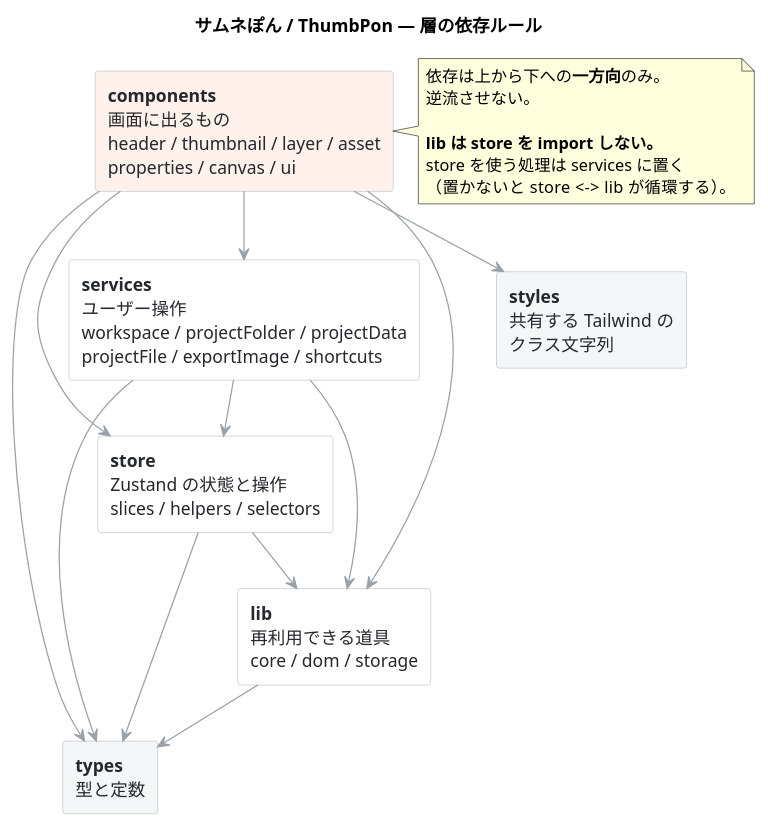
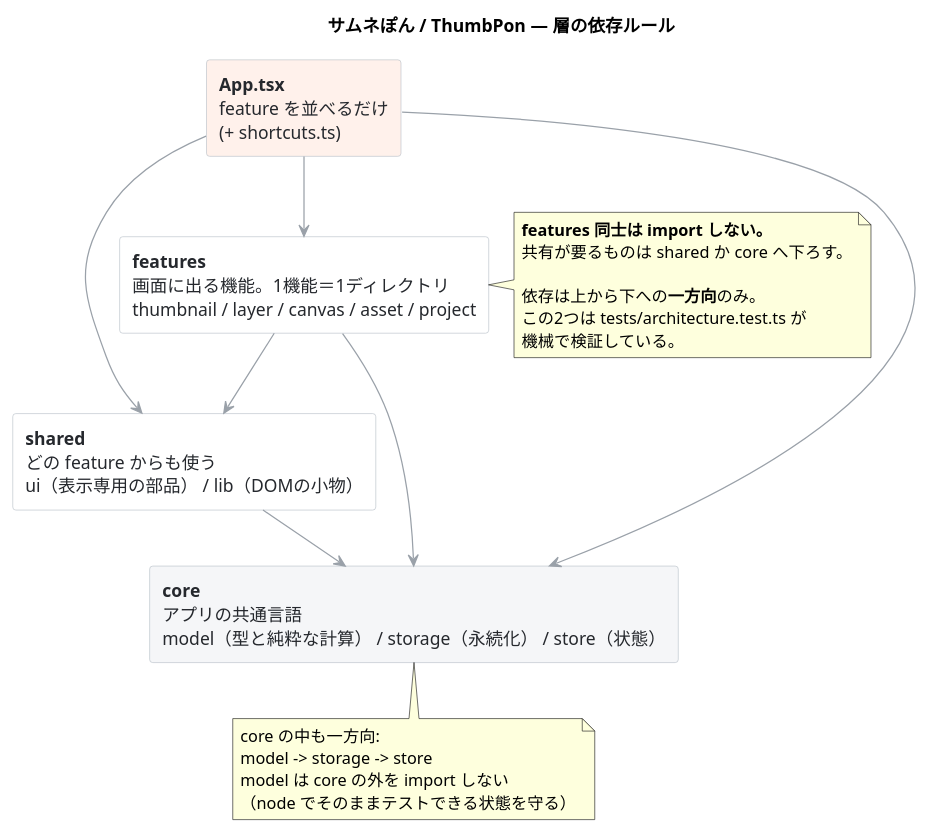
Before and after one commit to plasmo310/react-thumbpon: the diagram in docs/uml/layers.puml, drawn with PlantUML. The commit also changed 4 other files, not shown here.

First line of the commit message:
docs: CLAUDE.md / README / UML を新しい構成に合わせる

```diff
--- a/docs/uml/layers.puml
+++ b/docs/uml/layers.puml
@@ -1,52 +1,49 @@
 @startuml layers
 ' サムネぽん / ThumbPon — 層の依存ルール（最も粗い全体像）
 ' パッケージ単位の詳細は package-dependencies.puml を参照
 ' エイリアスに header / storage / node などの PlantUML 予約語を使わないこと
 ' （行頭に来るとコマンドとして解釈され、その依存が黙って消える）
 
 title サムネぽん / ThumbPon — 層の依存ルール
 
 skinparam backgroundColor #FFFFFF
 skinparam shadowing false
 skinparam defaultFontName "Hiragino Sans"
 skinparam nodesep 20
 skinparam ranksep 45
 skinparam ArrowColor #9AA1A9
 skinparam rectangle {
   BorderColor #B9C0C8
   BackgroundColor #FFFFFF
   FontColor #25282D
 }
 
-rectangle "**components**\n画面に出るもの\nheader / thumbnail / layer / asset\nproperties / canvas / ui" as lComponents #FFF1EB
-rectangle "**services**\nユーザー操作\nworkspace / projectFolder / projectData\nprojectFile / exportImage / shortcuts" as lServices
-rectangle "**store**\nZustand の状態と操作\nslices / helpers / selectors" as lStore
-rectangle "**lib**\n再利用できる道具\ncore / dom / storage" as lLib
-rectangle "**types**\n型と定数" as lTypes #F5F6F8
-rectangle "**styles**\n共有する Tailwind の\nクラス文字列" as lStyles #F5F6F8
+rectangle "**App.tsx**\nfeature を並べるだけ\n(+ shortcuts.ts)" as lApp #FFF1EB
+rectangle "**features**\n画面に出る機能。1機能＝1ディレクトリ\nthumbnail / layer / canvas / asset / project" as lFeatures
+rectangle "**shared**\nどの feature からも使う\nui（表示専用の部品） / lib（DOMの小物）" as lShared
+rectangle "**core**\nアプリの共通言語\nmodel（型と純粋な計算） / storage（永続化） / store（状態）" as lCore #F5F6F8
 
-lComponents -down-> lServices
-lComponents -down-> lStore
-lComponents -down-> lLib
-lComponents -down-> lTypes
-lComponents -down-> lStyles
+lApp -down-> lFeatures
+lApp -down-> lShared
+lApp -down-> lCore
+lFeatures -down-> lShared
+lFeatures -down-> lCore
+lShared -down-> lCore
 
-lServices -down-> lStore
-lServices -down-> lLib
-lServices -down-> lTypes
+note right of lFeatures
+  **features 同士は import しない。**
+  共有が要るものは shared か core へ下ろす。
 
-lStore -down-> lLib
-lStore -down-> lTypes
+  依存は上から下への**一方向**のみ。
+  この2つは tests/architecture.test.ts が
+  機械で検証している。
+end note
 
-lLib -down-> lTypes
-
-note right of lComponents
-  依存は上から下への**一方向**のみ。
-  逆流させない。
-
-  **lib は store を import しない。**
-  store を使う処理は services に置く
-  （置かないと store <-> lib が循環する）。
+note bottom of lCore
+  core の中も一方向:
+  model -> storage -> store
+  model は core の外を import しない
+  （node でそのままテストできる状態を守る）
 end note
 
 @enduml
```
